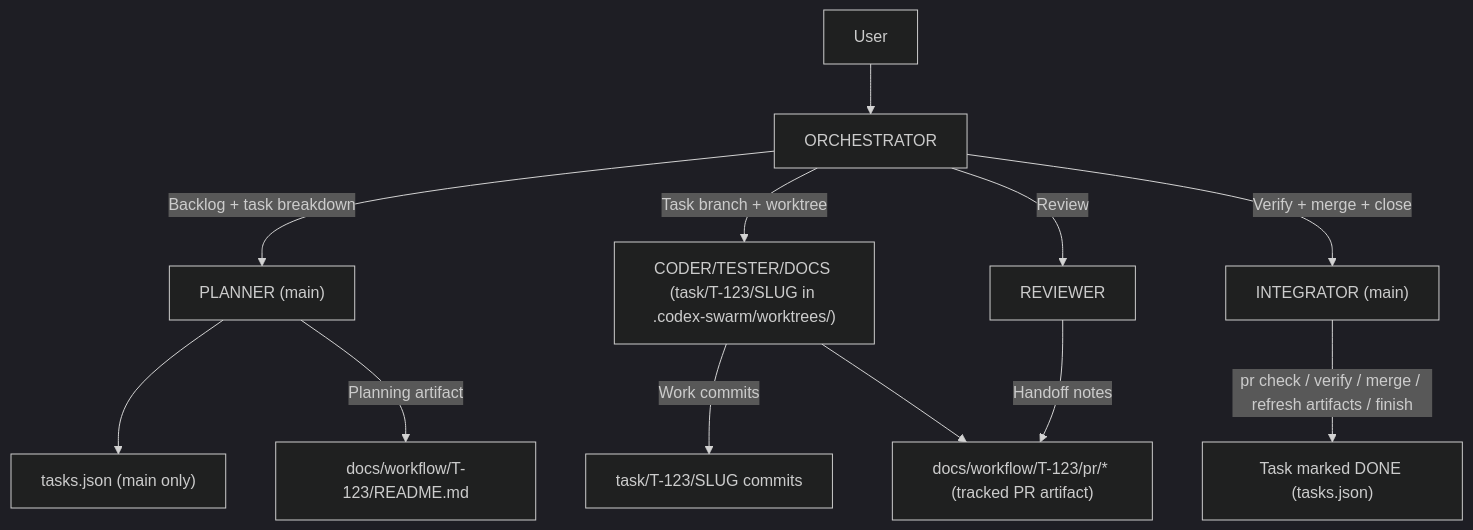
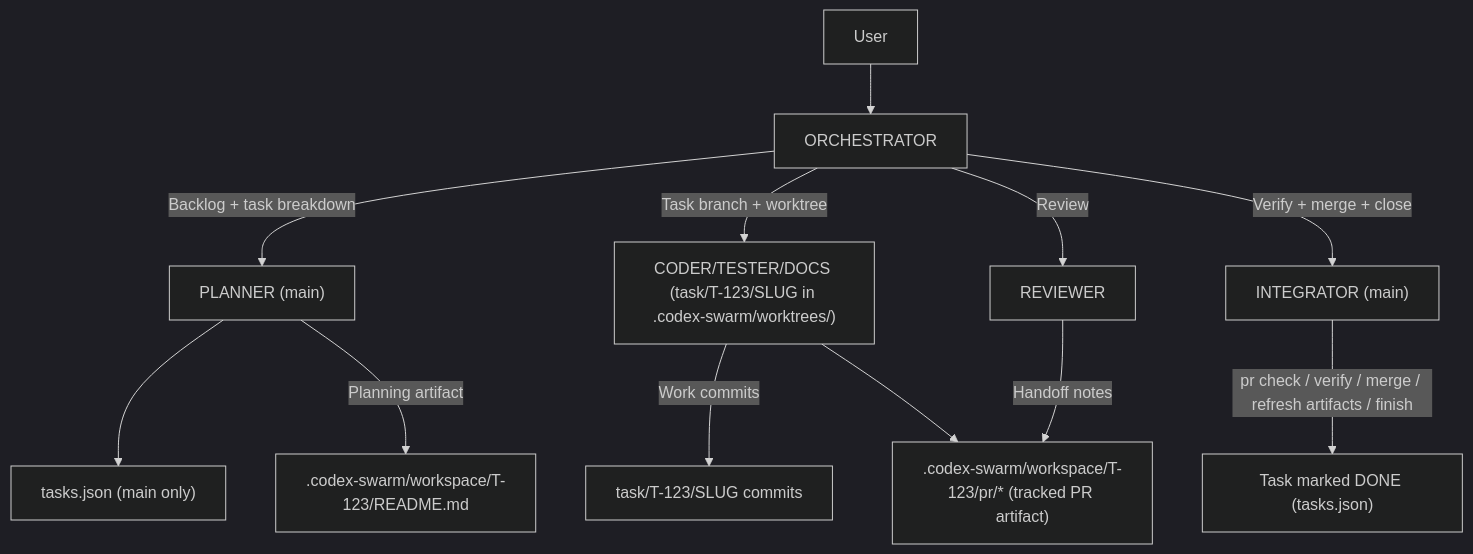
One commit to basilisk-labs/codex-swarm changed the first of 2 diagrams in README.md. Above: the diagram before and after it, drawn with Mermaid (dark theme). The commit also changed other lines of this file and 168 other files, not shown here.

````diff
--- a/README.md
+++ b/README.md
@@ -159,14 +159,14 @@
 ```mermaid
 flowchart TD
   U["User"] --> O["ORCHESTRATOR"]
   O -->|Backlog + task breakdown| P["PLANNER (main)"]
   P --> TJ["tasks.json (main only)"]
-  P -->|Planning artifact| WF["docs/workflow/T-123/README.md"]
+  P -->|Planning artifact| WF[".codex-swarm/workspace/T-123/README.md"]
   O -->|Task branch + worktree| E["CODER/TESTER/DOCS (task/T-123/SLUG in .codex-swarm/worktrees/)"]
   E -->|Work commits| B["task/T-123/SLUG commits"]
-  E --> PR["docs/workflow/T-123/pr/* (tracked PR artifact)"]
+  E --> PR[".codex-swarm/workspace/T-123/pr/* (tracked PR artifact)"]
   O -->|Review| R["REVIEWER"]
   R -->|Handoff notes| PR
   O -->|Verify + merge + close| I["INTEGRATOR (main)"]
   I -->|pr check / verify / merge / refresh artifacts / finish| DONE["Task marked DONE (tasks.json)"]
 ```
````
